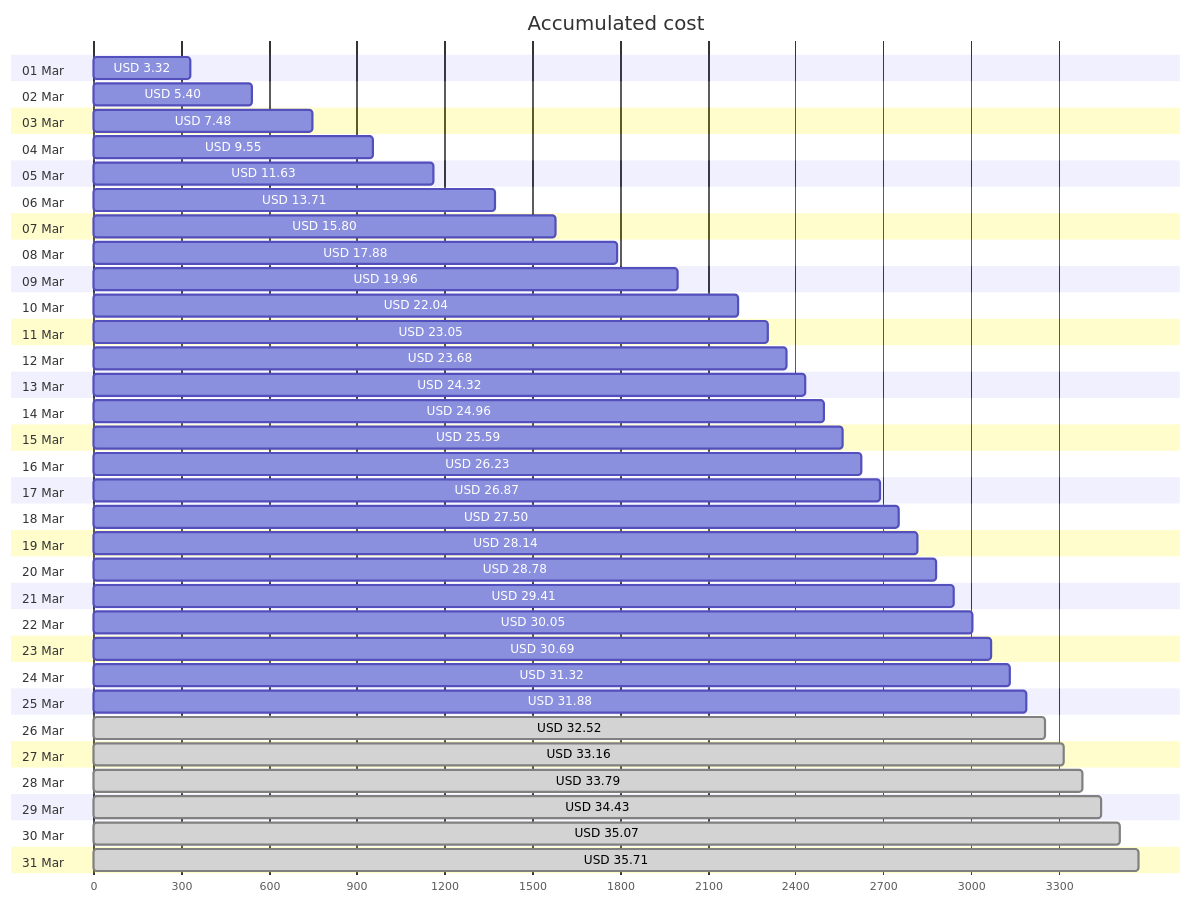
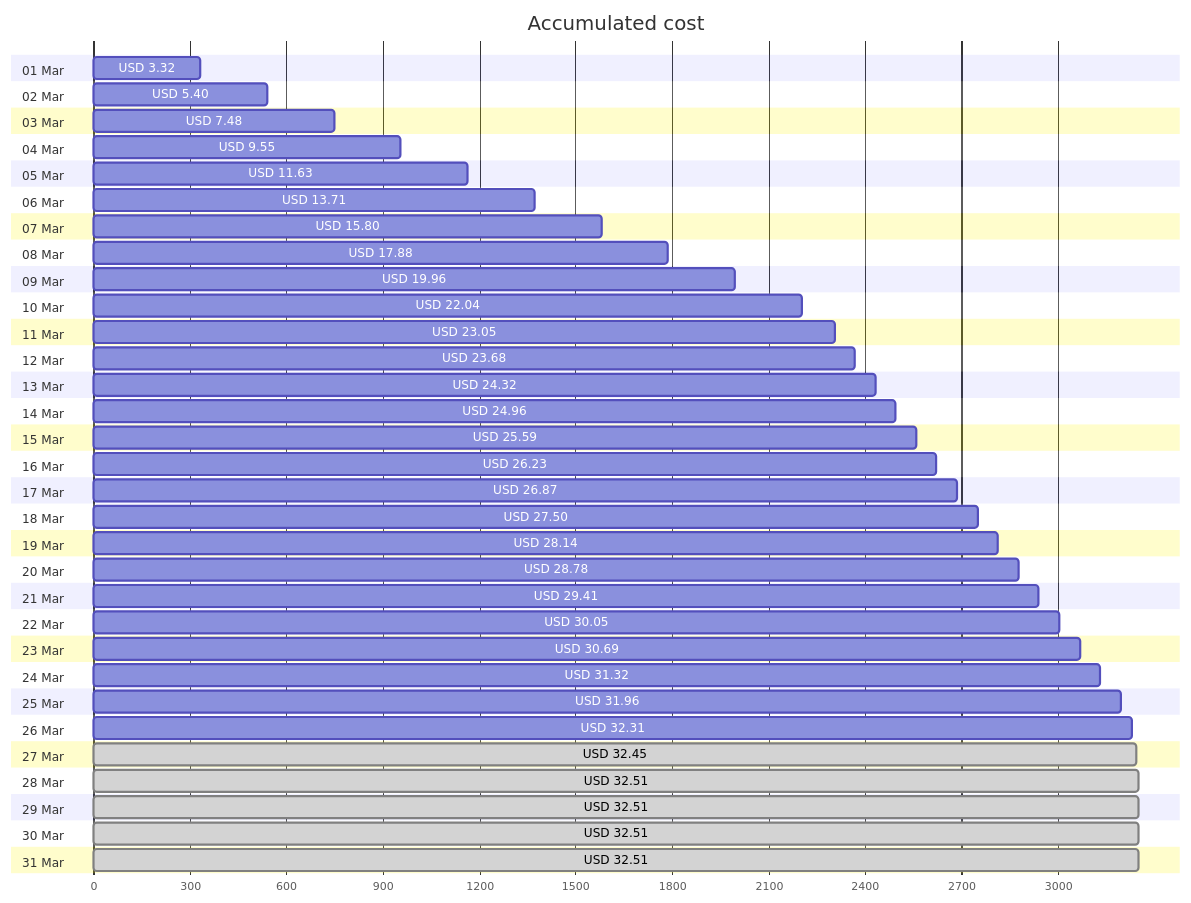
One commit to jpfulton/azure-personal-reports changed the first of 4 diagrams in cost-reports/accumulated-cost.md. Above: the diagram before and after it, drawn with Mermaid. The commit also changed other lines of this file and 4 other files, not shown here.

````diff
--- a/cost-reports/accumulated-cost.md
+++ b/cost-reports/accumulated-cost.md
@@ -20,68 +20,68 @@
 ```mermaid
 gantt
    title Accumulated cost
    dateFormat  X
    axisFormat %s
    section 01 Mar
    USD 3.32 :0, 332
    section 02 Mar
    USD 5.40 :0, 540
    section 03 Mar
    USD 7.48 :0, 748
    section 04 Mar
    USD 9.55 :0, 955
    section 05 Mar
    USD 11.63 :0, 1163
    section 06 Mar
    USD 13.71 :0, 1371
    section 07 Mar
    USD 15.80 :0, 1580
    section 08 Mar
    USD 17.88 :0, 1788
    section 09 Mar
    USD 19.96 :0, 1996
    section 10 Mar
    USD 22.04 :0, 2204
    section 11 Mar
    USD 23.05 :0, 2305
    section 12 Mar
    USD 23.68 :0, 2368
    section 13 Mar
    USD 24.32 :0, 2432
    section 14 Mar
    USD 24.96 :0, 2496
    section 15 Mar
    USD 25.59 :0, 2559
    section 16 Mar
    USD 26.23 :0, 2623
    section 17 Mar
    USD 26.87 :0, 2687
    section 18 Mar
    USD 27.50 :0, 2750
    section 19 Mar
    USD 28.14 :0, 2814
    section 20 Mar
    USD 28.78 :0, 2878
    section 21 Mar
    USD 29.41 :0, 2941
    section 22 Mar
    USD 30.05 :0, 3005
    section 23 Mar
    USD 30.69 :0, 3069
    section 24 Mar
    USD 31.32 :0, 3132
    section 25 Mar
-   USD 31.88 :0, 3188
+   USD 31.96 :0, 3196
    section 26 Mar
-   USD 32.52 : done, 0, 3252
+   USD 32.31 :0, 3231
    section 27 Mar
-   USD 33.16 : done, 0, 3316
+   USD 32.45 : done, 0, 3245
    section 28 Mar
-   USD 33.79 : done, 0, 3379
+   USD 32.51 : done, 0, 3251
    section 29 Mar
-   USD 34.43 : done, 0, 3443
+   USD 32.51 : done, 0, 3251
    section 30 Mar
-   USD 35.07 : done, 0, 3507
+   USD 32.51 : done, 0, 3251
    section 31 Mar
-   USD 35.71 : done, 0, 3571
+   USD 32.51 : done, 0, 3251
 ```
````
